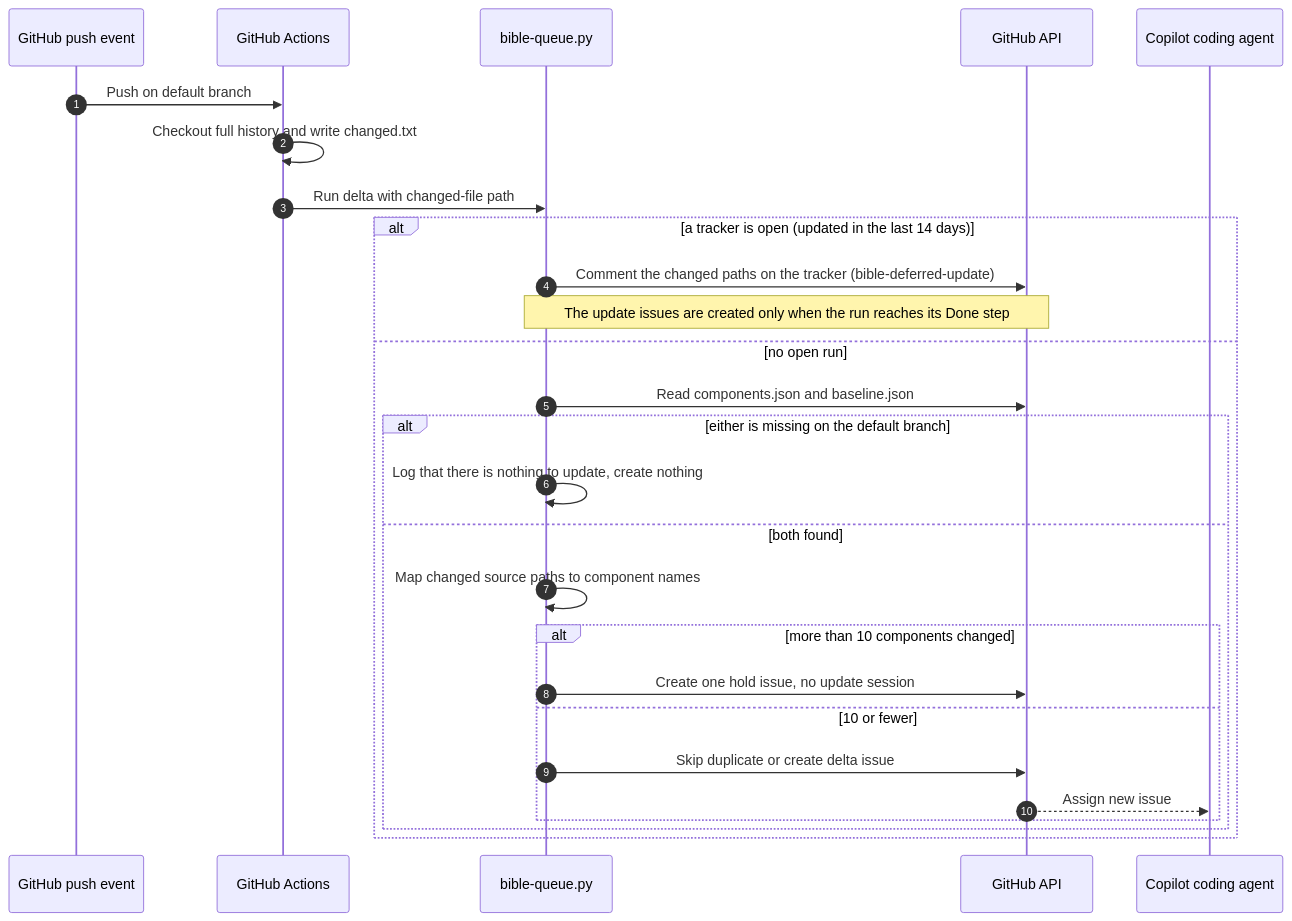
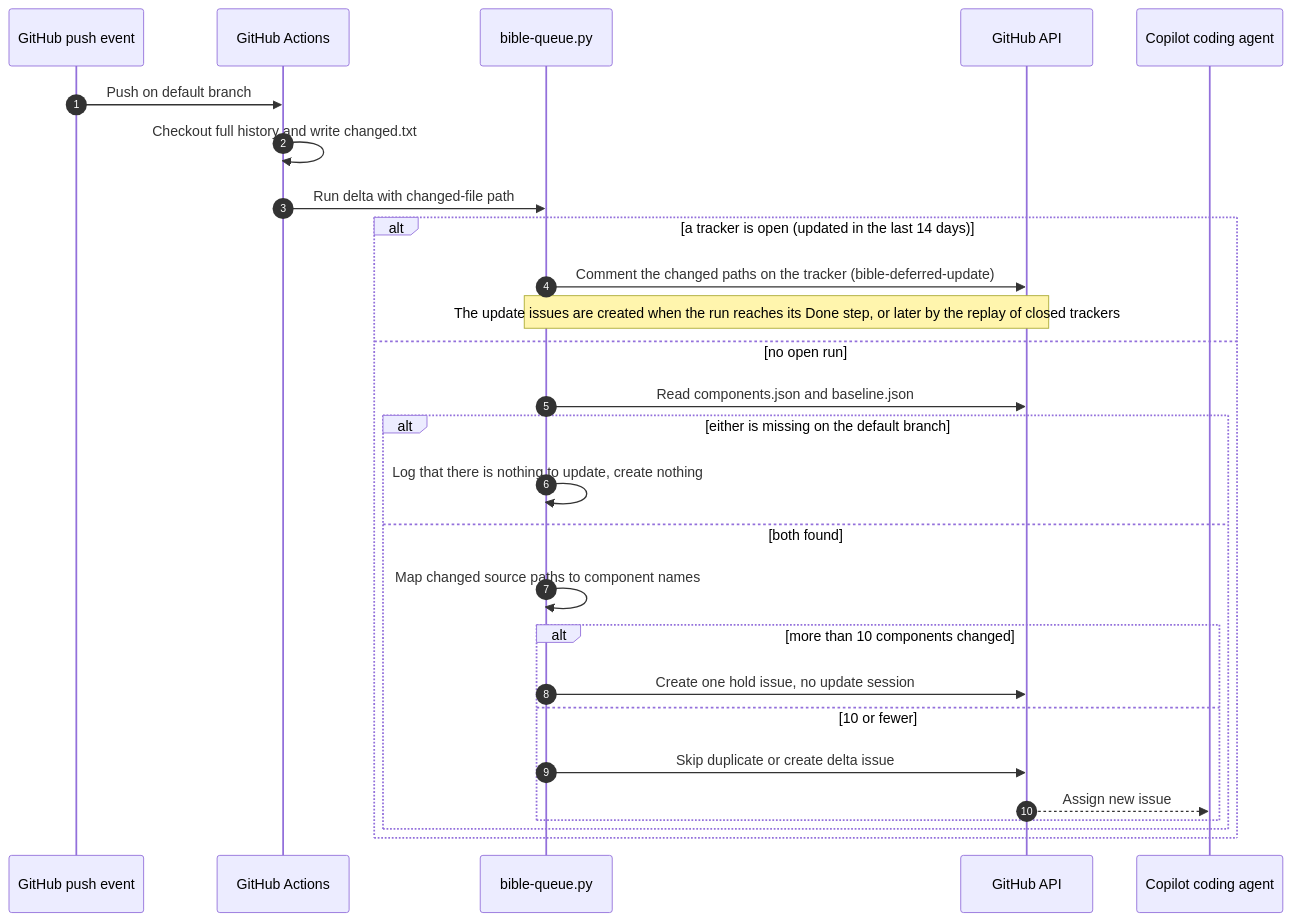
The fifth of 10 diagrams in codebase-analysis/hld/05-key-flows.md (vishalc412/bible-mode-b-test), drawn with Mermaid before and after one commit. The commit also changed other lines of this file and 39 other files, not shown here.

````diff
--- a/codebase-analysis/hld/05-key-flows.md
+++ b/codebase-analysis/hld/05-key-flows.md
@@ -253,29 +254,29 @@
 ```mermaid
 sequenceDiagram
   autonumber
   participant Git as GitHub push event
   participant Actions as GitHub Actions
   participant Queue as bible-queue.py
   participant API as GitHub API
   participant Agent as Copilot coding agent
   Git->>Actions: Push on default branch
   Actions->>Actions: Checkout full history and write changed.txt
   Actions->>Queue: Run delta with changed-file path
   alt a tracker is open (updated in the last 14 days)
     Queue->>API: Comment the changed paths on the tracker (bible-deferred-update)
-    Note over Queue,API: The update issues are created only when the run reaches its Done step
+    Note over Queue,API: The update issues are created when the run reaches its Done step, or later by the replay of closed trackers
   else no open run
     Queue->>API: Read components.json and baseline.json
     alt either is missing on the default branch
       Queue->>Queue: Log that there is nothing to update, create nothing
     else both found
       Queue->>Queue: Map changed source paths to component names
       alt more than 10 components changed
         Queue->>API: Create one hold issue, no update session
       else 10 or fewer
         Queue->>API: Skip duplicate or create delta issue
         API-->>Agent: Assign new issue
       end
     end
   end
 ```
````
